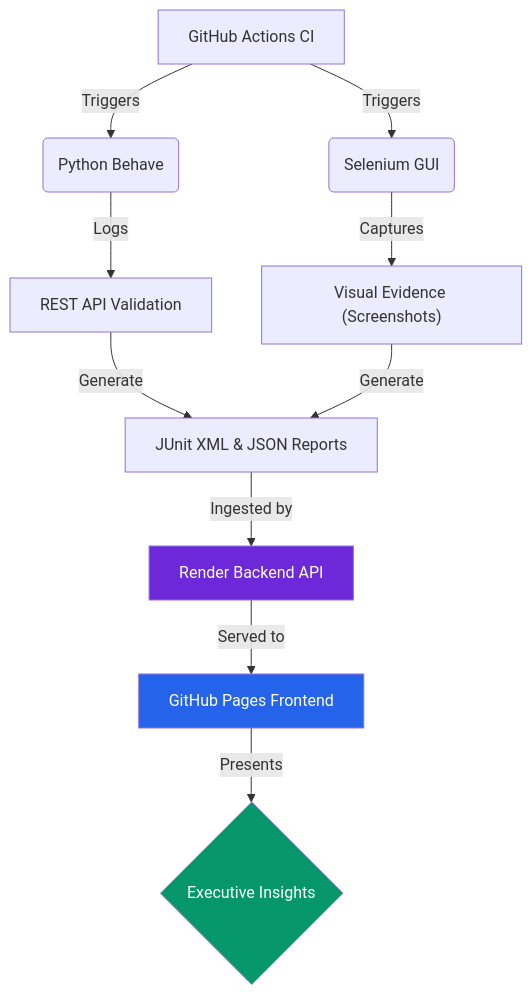
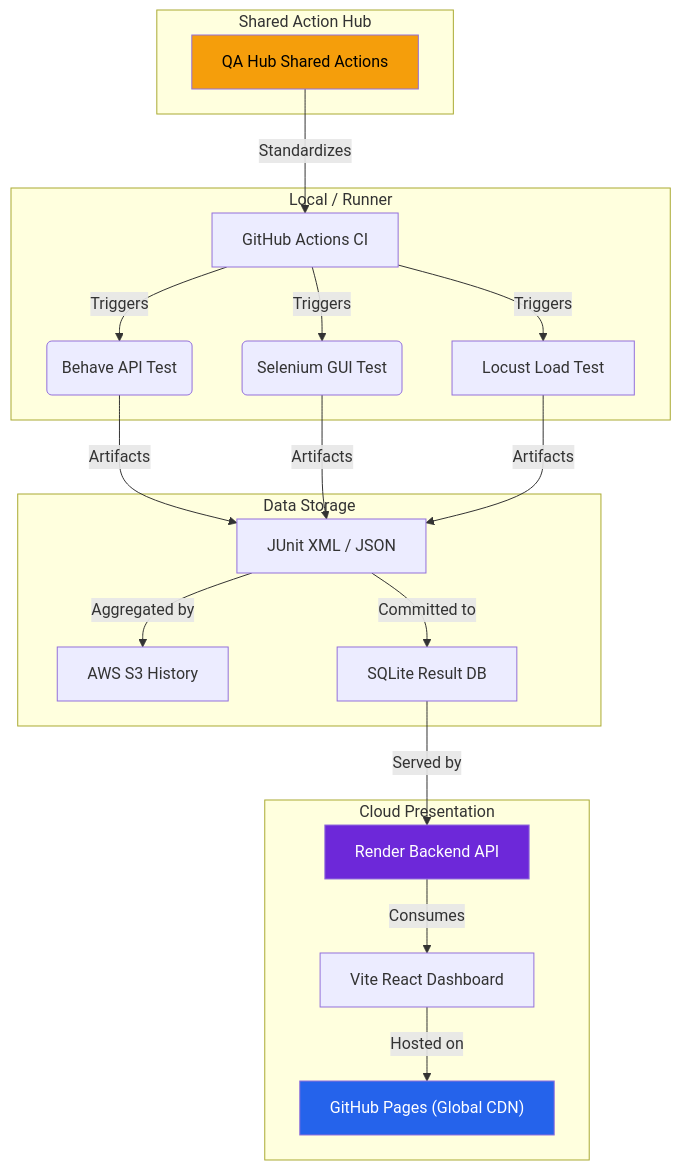
The diagram in README.md (carlos-camara/dashboard), drawn with Mermaid before and after one commit. The commit also changed other lines of this file, not shown here.

````diff
--- a/README.md
+++ b/README.md
@@ -117,15 +74,28 @@
 ```mermaid
 graph TD
-    A["GitHub Actions CI"] -->|Triggers| B("Python Behave")
-    A -->|Triggers| C("Selenium GUI")
-    B -->|Logs| D["REST API Validation"]
-    C -->|Captures| E["Visual Evidence (Screenshots)"]
-    D & E -->|Generate| F["JUnit XML & JSON Reports"]
-    F -->|Ingested by| G["Render Backend API"]
-    G -->|Served to| H["GitHub Pages Frontend"]
-    H -->|Presents| I{"Executive Insights"}
+    subgraph "Local / Runner"
+        A["GitHub Actions CI"] -->|Triggers| B("Behave API Test")
+        A -->|Triggers| C("Selenium GUI Test")
+        A -->|Triggers| L["Locust Load Test"]
+    end
+
+    subgraph "Shared Action Hub"
+        D["QA Hub Shared Actions"] -->|Standardizes| A
+    end
+
+    subgraph "Data Storage"
+        B & C & L -->|Artifacts| E["JUnit XML / JSON"]
+        E -->|Aggregated by| S3["AWS S3 History"]
+        E -->|Committed to| DB["SQLite Result DB"]
+    end
+
+    subgraph "Cloud Presentation"
+        DB -->|Served by| G["Render Backend API"]
+        G -->|Consumes| H["Vite React Dashboard"]
+        H -->|Hosted on| P["GitHub Pages (Global CDN)"]
+    end
     
     style G fill:#6d28d9,color:#fff
-    style H fill:#2563eb,color:#fff
-    style I fill:#059669,color:#fff
+    style P fill:#2563eb,color:#fff
+    style D fill:#f59e0b,color:#000
 ```
````
